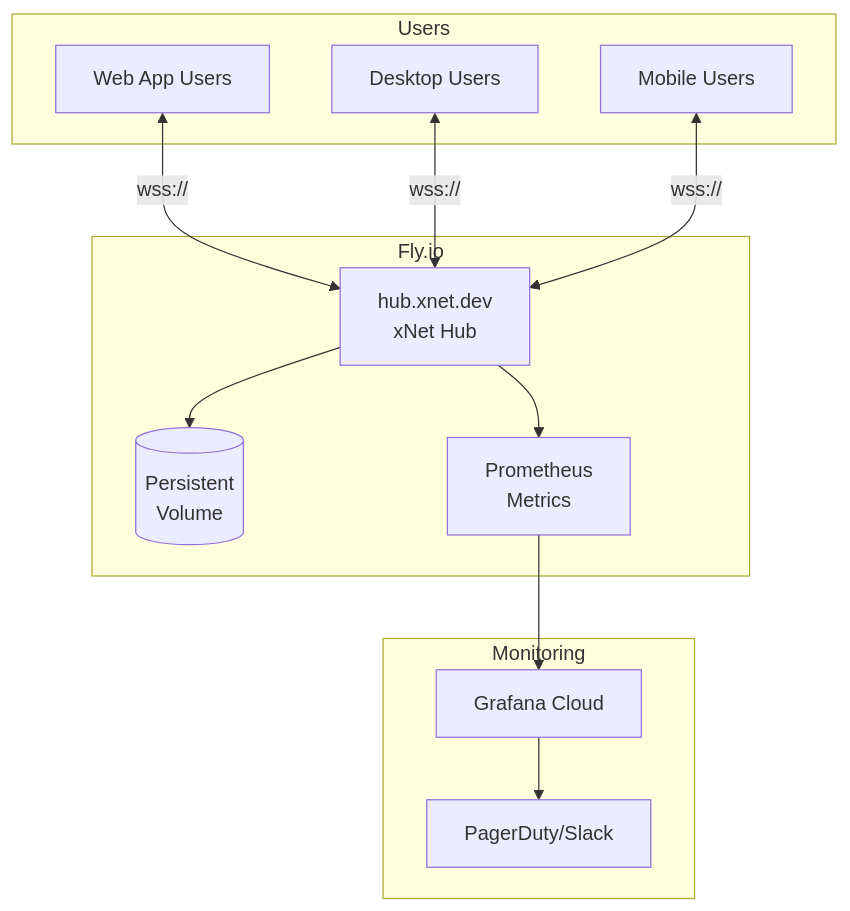
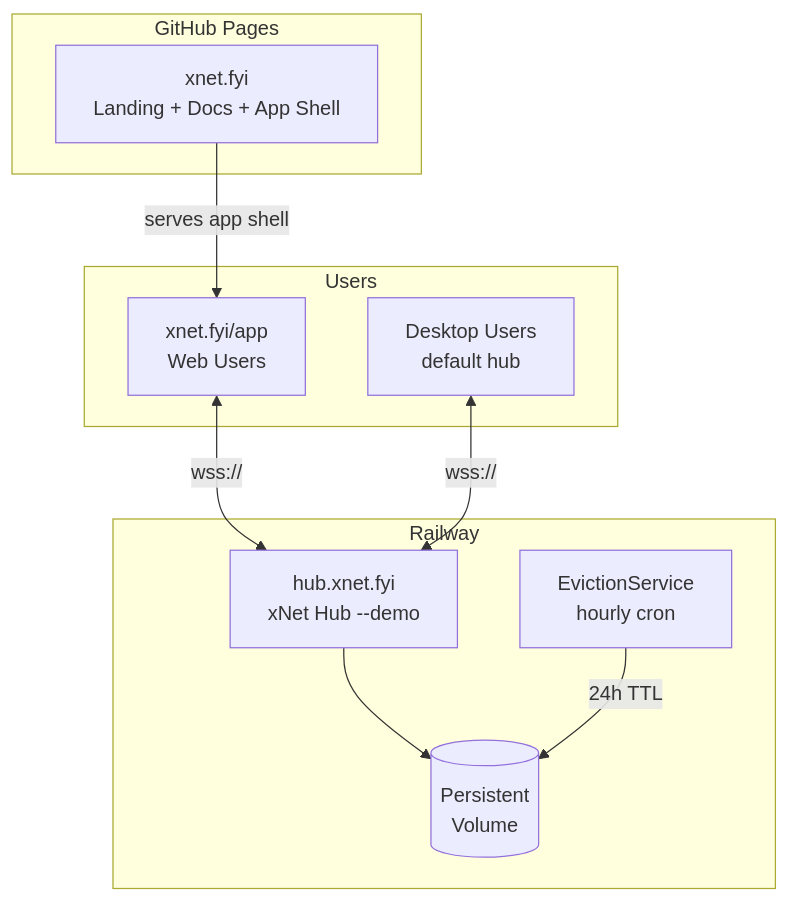
Before and after one commit to crs48/xNet: the diagram in docs/planStep03_91OnboardingAndPolish/07-demo-hub.md, drawn with Mermaid. The commit also changed other lines of this file and 9 other files, not shown here.

First line of the commit message:
docs: update onboarding plan for passkey-first auth, Railway demo hub, and xnet.fyi domain

````diff
--- a/docs/planStep03_91OnboardingAndPolish/07-demo-hub.md
+++ b/docs/planStep03_91OnboardingAndPolish/07-demo-hub.md
@@ -15,28 +17,24 @@
 ```mermaid
 flowchart TB
     subgraph "Users"
-        WEB[Web App Users]
-        DESKTOP[Desktop Users]
-        MOBILE[Mobile Users]
+        WEB[xnet.fyi/app<br/>Web Users]
+        DESKTOP[Desktop Users<br/>default hub]
     end
 
-    subgraph "Fly.io"
-        HUB[hub.xnet.dev<br/>xNet Hub]
+    subgraph "Railway"
+        HUB[hub.xnet.fyi<br/>xNet Hub --demo]
         VOLUME[(Persistent<br/>Volume)]
-        METRICS[Prometheus<br/>Metrics]
+        EVICTION[EvictionService<br/>hourly cron]
     end
 
-    subgraph "Monitoring"
-        GRAFANA[Grafana Cloud]
-        ALERTS[PagerDuty/Slack]
+    subgraph "GitHub Pages"
+        SITE[xnet.fyi<br/>Landing + Docs + App Shell]
     end
 
     WEB <-->|wss://| HUB
     DESKTOP <-->|wss://| HUB
-    MOBILE <-->|wss://| HUB
+    SITE -->|serves app shell| WEB
 
     HUB --> VOLUME
-    HUB --> METRICS
-    METRICS --> GRAFANA
-    GRAFANA --> ALERTS
+    EVICTION -->|24h TTL| VOLUME
 ```
````
